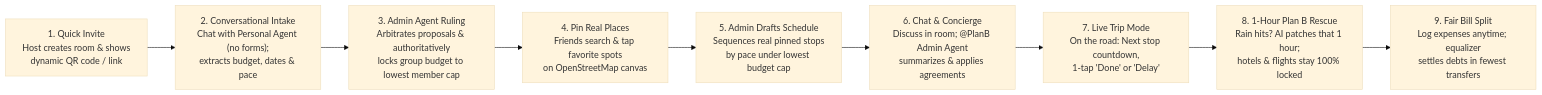
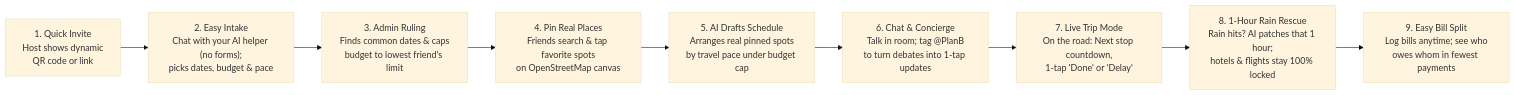
The sixth of 21 diagrams in README.md (nlzce/We-are-the-champions_Plan-B), drawn with Mermaid (base theme) before and after one commit. The commit also changed other lines of this file, not shown here.

Commit message:
docs: rewrite README in plain conversational English

````diff
--- a/README.md
+++ b/README.md
@@ -245,18 +245,18 @@
 ```mermaid
 flowchart LR
-  Step1["1. Quick Invite<br/>Host creates room & shows<br/>dynamic QR code / link"] --> Step2["2. Conversational Intake<br/>Chat with Personal Agent (no forms);<br/>extracts budget, dates & pace"]
+  Step1["1. Quick Invite<br/>Host shows dynamic<br/>QR code or link"] --> Step2["2. Easy Intake<br/>Chat with your AI helper (no forms);<br/>picks dates, budget & pace"]
 
-  Step2 --> Step3["3. Admin Agent Ruling<br/>Arbitrates proposals & authoritatively<br/>locks group budget to lowest member cap"]
+  Step2 --> Step3["3. Admin Ruling<br/>Finds common dates & caps<br/>budget to lowest friend's limit"]
 
   Step3 --> Step4["4. Pin Real Places<br/>Friends search & tap favorite spots<br/>on OpenStreetMap canvas"]
 
-  Step4 --> Step5["5. Admin Drafts Schedule<br/>Sequences real pinned stops<br/>by pace under lowest budget cap"]
+  Step4 --> Step5["5. AI Drafts Schedule<br/>Arranges real pinned spots<br/>by travel pace under budget cap"]
 
-  Step5 --> Step6["6. Chat & Concierge<br/>Discuss in room; @PlanB Admin Agent<br/>summarizes & applies agreements"]
+  Step5 --> Step6["6. Chat & Concierge<br/>Talk in room; tag @PlanB<br/>to turn debates into 1-tap updates"]
 
   Step6 --> Step7["7. Live Trip Mode<br/>On the road: Next stop countdown,<br/>1-tap 'Done' or 'Delay'"]
 
-  Step7 --> Step8["8. 1-Hour Plan B Rescue<br/>Rain hits? AI patches that 1 hour;<br/>hotels & flights stay 100% locked"]
+  Step7 --> Step8["8. 1-Hour Rain Rescue<br/>Rain hits? AI patches that 1 hour;<br/>hotels & flights stay 100% locked"]
 
-  Step8 --> Step9["9. Fair Bill Split<br/>Log expenses anytime; equalizer<br/>settles debts in fewest transfers"]
+  Step8 --> Step9["9. Easy Bill Split<br/>Log bills anytime; see who<br/>owes whom in fewest payments"]
 ```
````
